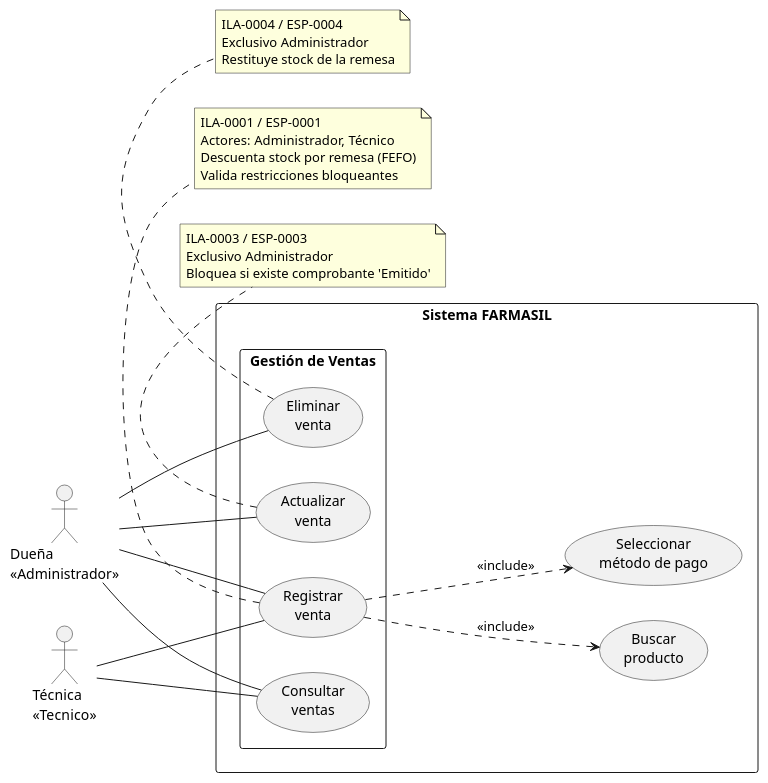
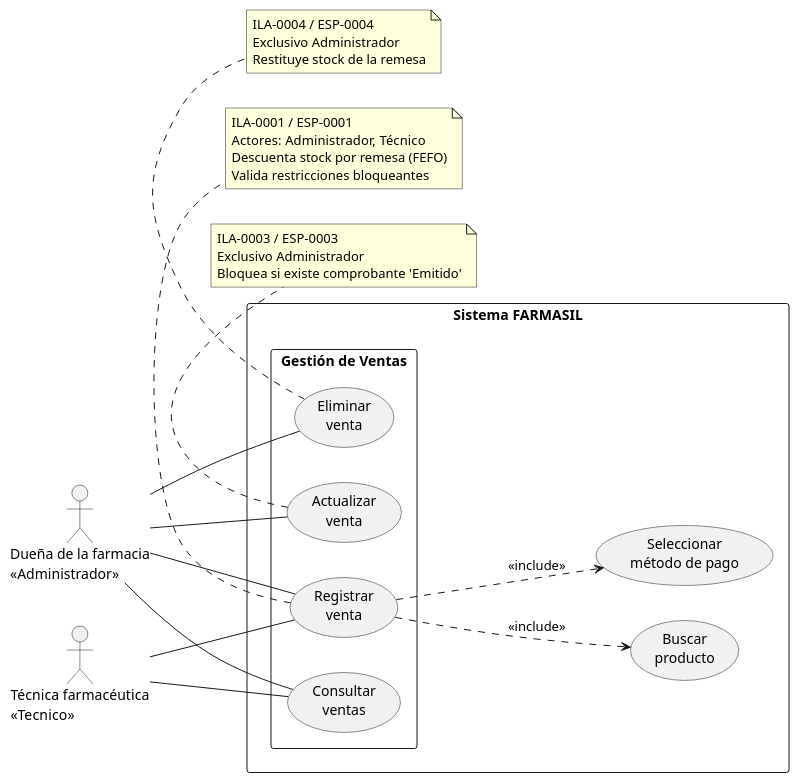
Before and after one commit to Luis-Ayben-Chahua-Charca/Farmasil_App: the diagram in docs/diagramas/plaintext-CasosUso/CU-03_Ventas.puml, drawn with PlantUML. The commit also changed 37 other files, not shown here.

First line of the commit message:
docs(comportamiento): elaborar los diagramas de comportamiento y alinear la coherencia del catálogo (#58)

```diff
--- a/docs/diagramas/plaintext-CasosUso/CU-03_Ventas.puml
+++ b/docs/diagramas/plaintext-CasosUso/CU-03_Ventas.puml
@@ -1,49 +1,49 @@
 @startuml
 left to right direction
 
-actor "Dueña\n<<Administrador>>" as Duena
-actor "Técnica\n<<Tecnico>>" as Tecnica
+actor "Dueña de la farmacia\n<<Administrador>>" as Duena
+actor "Técnica farmacéutica\n<<Tecnico>>" as Tecnica
 
 rectangle "Sistema FARMASIL" {
     
     rectangle "Gestión de Ventas" {
         usecase "Registrar\nventa" as UC_Registrar
         usecase "Actualizar\nventa" as UC_Actualizar
         usecase "Eliminar\nventa" as UC_Eliminar
         usecase "Consultar\nventas" as UC_Consultar
     }
     
     usecase "Buscar\nproducto" as UC_Buscar
     usecase "Seleccionar\nmétodo de pago" as UC_Pago
 
     UC_Registrar ..> UC_Buscar : <<include>>
     UC_Registrar ..> UC_Pago : <<include>>
 }
 
 Duena -- UC_Registrar
 Duena -- UC_Actualizar
 Duena -- UC_Eliminar
 Duena -- UC_Consultar
 
 Tecnica -- UC_Registrar
 Tecnica -- UC_Consultar
 
 note bottom of UC_Registrar
 ILA-0001 / ESP-0001
 Actores: Administrador, Técnico
 Descuenta stock por remesa (FEFO)
 Valida restricciones bloqueantes
 end note
 
 note bottom of UC_Actualizar
 ILA-0003 / ESP-0003
 Exclusivo Administrador
 Bloquea si existe comprobante 'Emitido'
 end note
 
 note bottom of UC_Eliminar
 ILA-0004 / ESP-0004
 Exclusivo Administrador
 Restituye stock de la remesa
 end note
 @enduml
```
